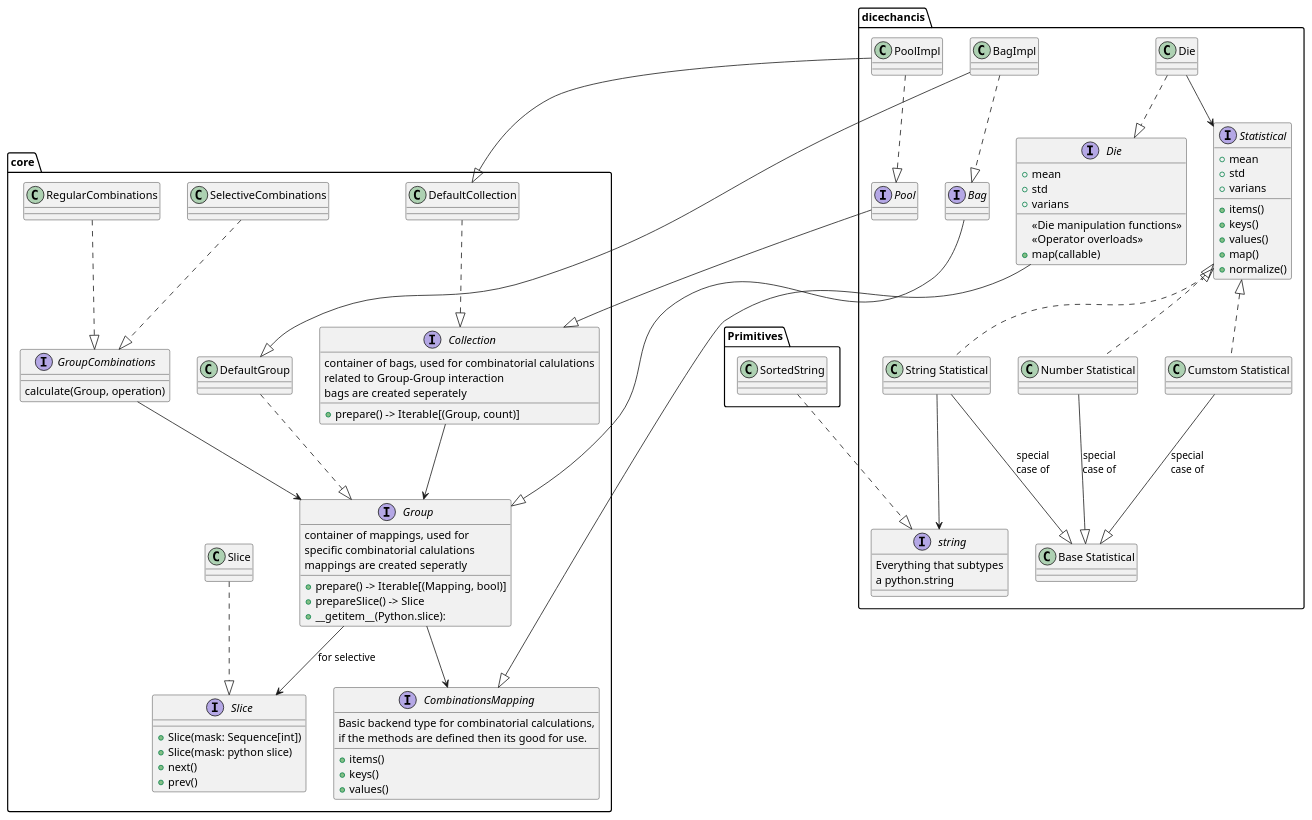
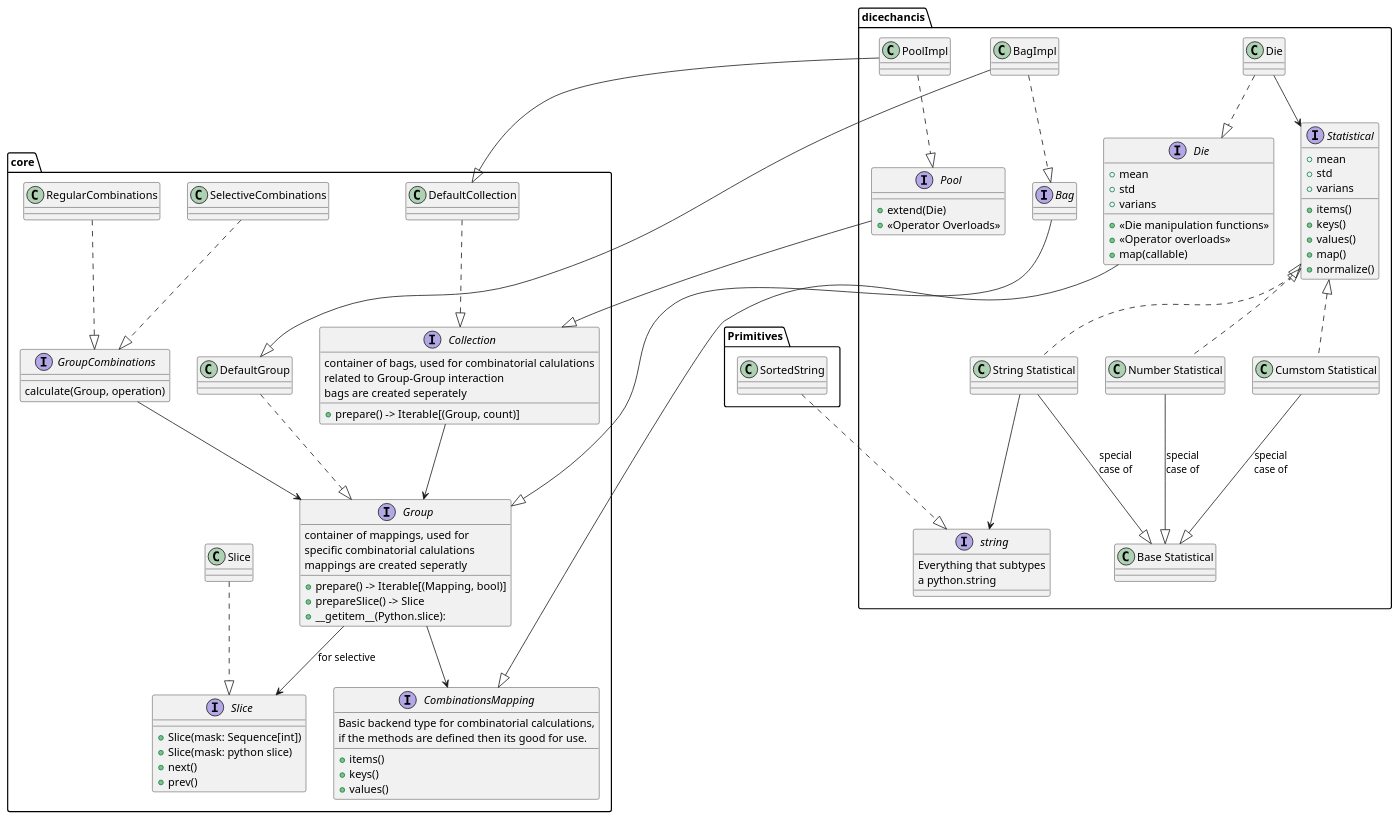
The diagram in docs/diagrams/systemClasses.puml (daplhall/dicechanics), drawn with PlantUML before and after one commit. The commit also changed 27 other files, not shown here.

```diff
--- a/docs/diagrams/systemClasses.puml
+++ b/docs/diagrams/systemClasses.puml
@@ -1,110 +1,113 @@
 @startuml System
 top to bottom direction
 package "core"{
     class DefaultCollection{
     }
     interface "Collection" as collection {
         container of bags, used for combinatorial calulations\nrelated to Group-Group interaction
         bags are created seperately
         + prepare() -> Iterable[(Group, count)]
     }
     class DefaultGroup{
     }
     interface "Group" as group{
         container of mappings, used for\nspecific combinatorial calulations
         mappings are created seperatly
         + prepare() -> Iterable[(Mapping, bool)]
         + prepareSlice() -> Slice
         + __getitem__(Python.slice):
     }
     interface "CombinationsMapping" as mapping{
         Basic backend type for combinatorial calculations,\nif the methods are defined then its good for use.
         + items()
         + keys()
         + values()
     }
     Class "Slice" as sliceClass
     interface "Slice" as slice{
         +Slice(mask: Sequence[int])
         +Slice(mask: python slice)
         +next()
         +prev()
     }
     interface GroupCombinations {
         calculate(Group, operation) 
     }
     class RegularCombinations{
         
     }
     class SelectiveCombinations{
         
     }
 }
 
 package "dicechancis" {
     class Die{
     }
     class "Number Statistical" as numstat
     class "String Statistical" as strstat
     class "Cumstom Statistical" as customstat
     class "Base Statistical" as basestat
     class PoolImpl
     class BagImpl
     interface Statistical{
         + items()
         + keys()
         + values()
         + map()
         + normalize()
         + mean
         + std
         + varians
     }
     interface "Die" as die{
-        {method}<<Die manipulation functions>>
-        {method}<<Operator overloads>>
-        +map(callable)
+        + {method}<<Die manipulation functions>>
+        + {method}<<Operator overloads>>
+        + map(callable)
         + mean
         + std
         + varians
     }
-    interface Pool
+    interface Pool{
+        + extend(Die)
+        + {method} <<Operator Overloads>>
+    }
     interface Bag
     interface string{
         Everything that subtypes\na python.string
     }
 }
 package "Primitives"{
     class SortedString
 }
 
 'core
 DefaultCollection ..|> collection
 collection --> group
 DefaultGroup ..|> group
 group --> mapping
 group --> slice: for selective
 sliceClass ..|> slice
 GroupCombinations --> group
 RegularCombinations ..|> GroupCombinations
 SelectiveCombinations ..|> GroupCombinations
 'deck
 'diechanics
 Die ..|> die
 Die --> Statistical 
 die --|> mapping
 numstat .up.|> Statistical
 strstat .up.|> Statistical
 customstat .up.|> Statistical
 numstat -down-|> basestat: special\ncase of 
 strstat -down-|> basestat: special\ncase of
 customstat -down-|> basestat :special\ncase of
 strstat --> string
 SortedString ..|> string
 Pool --|> collection
 PoolImpl ..|> Pool
 PoolImpl --|> DefaultCollection
 Bag --|> group
 BagImpl ..|> Bag
 BagImpl --|> DefaultGroup
 @enduml
```
